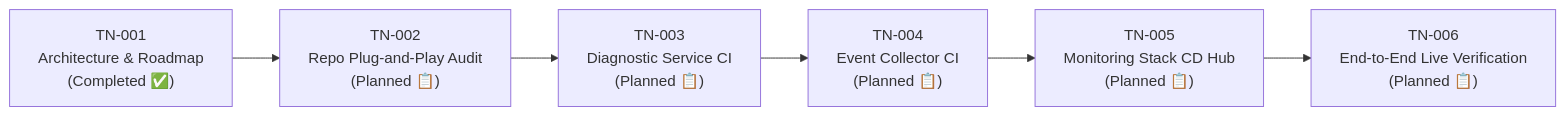
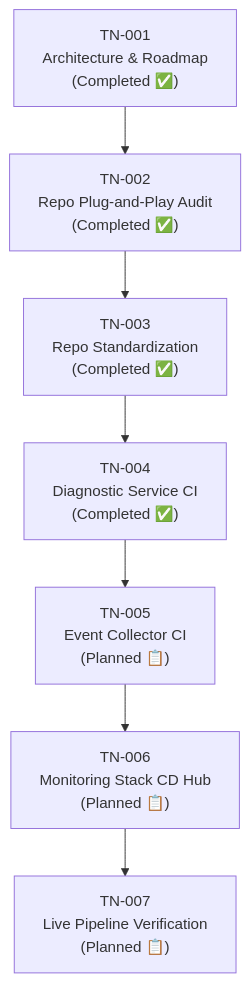
Before and after one commit to edkas07-oss/devops-handbook: the second of 2 diagrams in docs/projects/tomcat-monitoring/engineering-journal/continuous-integration-and-deployment/TN-001-design-production-ready-jenkins-cicd-pipeline-architecture.md, drawn with Mermaid. The commit also changed other lines of this file and 5 other files, not shown here.

Commit message:
docs(journal): polish mermaid box labels, headings, and roadmap numbering in ci-cd journals

````diff
--- a/docs/projects/tomcat-monitoring/engineering-journal/continuous-integration-and-deployment/TN-001-design-production-ready-jenkins-cicd-pipeline-architecture.md
+++ b/docs/projects/tomcat-monitoring/engineering-journal/continuous-integration-and-deployment/TN-001-design-production-ready-jenkins-cicd-pipeline-architecture.md
@@ -269,8 +269,9 @@
 ```mermaid
-flowchart LR
-    TN01["TN-001<br/>Architecture & Roadmap<br/>(Completed ✅)"] --> TN02["TN-002<br/>Repo Plug-and-Play Audit<br/>(Planned 📋)"]
-    TN02 --> TN03["TN-003<br/>Diagnostic Service CI<br/>(Planned 📋)"]
-    TN03 --> TN04["TN-004<br/>Event Collector CI<br/>(Planned 📋)"]
-    TN04 --> TN05["TN-005<br/>Monitoring Stack CD Hub<br/>(Planned 📋)"]
-    TN05 --> TN06["TN-006<br/>End-to-End Live Verification<br/>(Planned 📋)"]
+flowchart TD
+    TN01["TN-001<br/>Architecture & Roadmap<br/>(Completed ✅)"] --> TN02["TN-002<br/>Repo Plug-and-Play Audit<br/>(Completed ✅)"]
+    TN02 --> TN03["TN-003<br/>Repo Standardization<br/>(Completed ✅)"]
+    TN03 --> TN04["TN-004<br/>Diagnostic Service CI<br/>(Completed ✅)"]
+    TN04 --> TN05["TN-005<br/>Event Collector CI<br/>(Planned 📋)"]
+    TN05 --> TN06["TN-006<br/>Monitoring Stack CD Hub<br/>(Planned 📋)"]
+    TN06 --> TN07["TN-007<br/>Live Pipeline Verification<br/>(Planned 📋)"]
 ```
````
